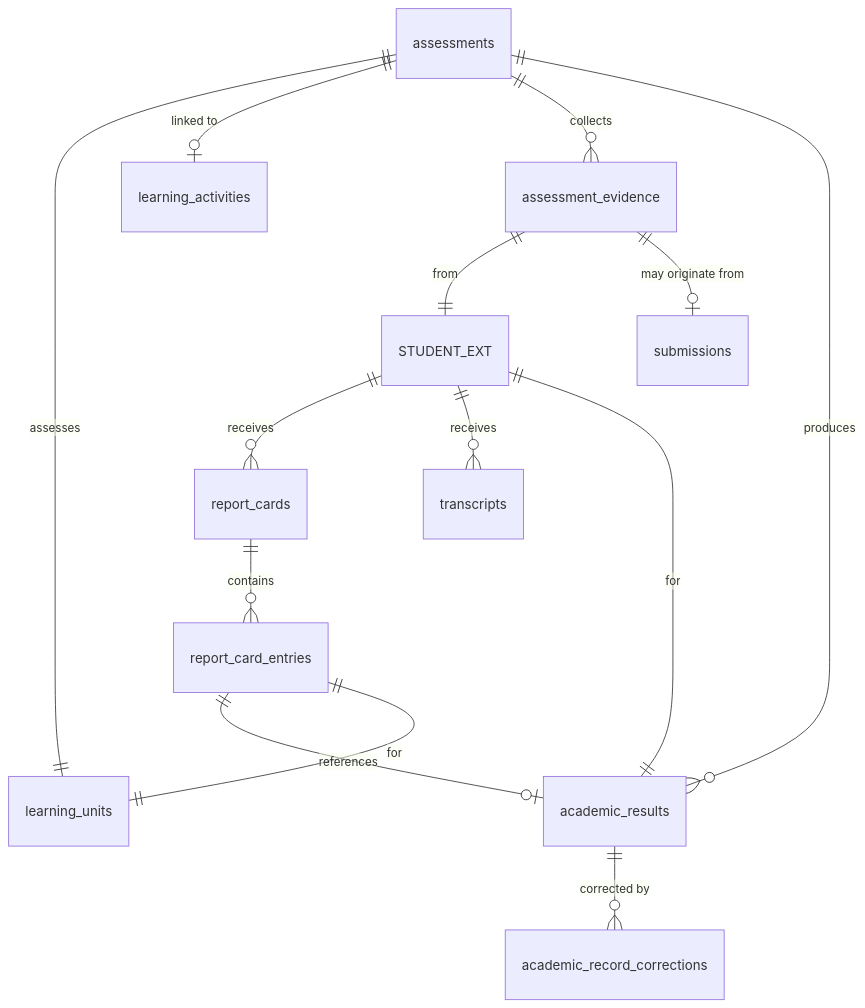
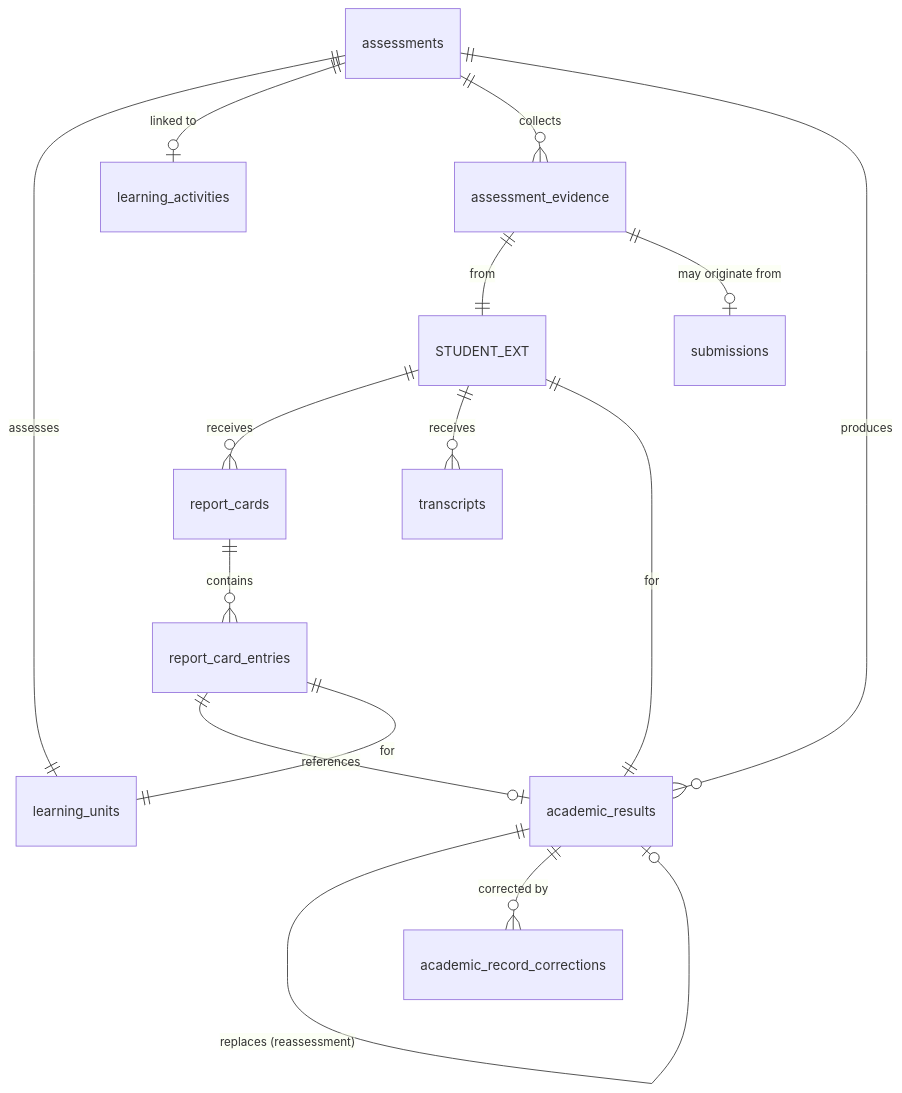
Before and after one commit to druryyl/elsasa-sis-v3: the third of 6 diagrams in entities/academic-entities-tables.md, drawn with Mermaid. The commit also changed other lines of this file and 8 other files, not shown here.

````diff
--- a/entities/academic-entities-tables.md
+++ b/entities/academic-entities-tables.md
@@ -606,16 +652,17 @@
 ```mermaid
 erDiagram
     assessments ||--|| learning_units : "assesses"
     assessments ||--o| learning_activities : "linked to"
     assessments ||--o{ assessment_evidence : "collects"
     assessment_evidence ||--|| STUDENT_EXT : "from"
     assessment_evidence ||--o| submissions : "may originate from"
     assessments ||--o{ academic_results : "produces"
     academic_results ||--|| STUDENT_EXT : "for"
+    academic_results ||--o| academic_results : "replaces (reassessment)"
     academic_results ||--o{ academic_record_corrections : "corrected by"
     STUDENT_EXT ||--o{ report_cards : "receives"
     report_cards ||--o{ report_card_entries : "contains"
     report_card_entries ||--o| academic_results : "references"
     report_card_entries ||--|| learning_units : "for"
     STUDENT_EXT ||--o{ transcripts : "receives"
 ```
````
